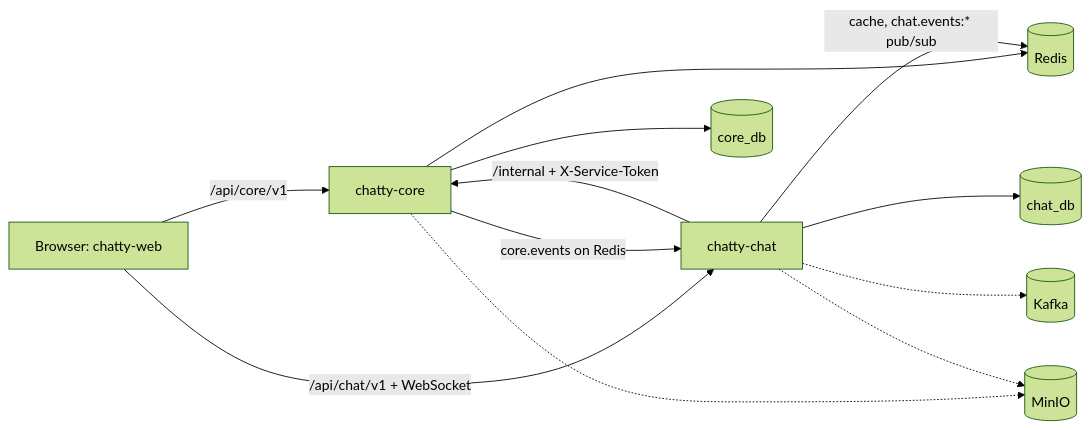
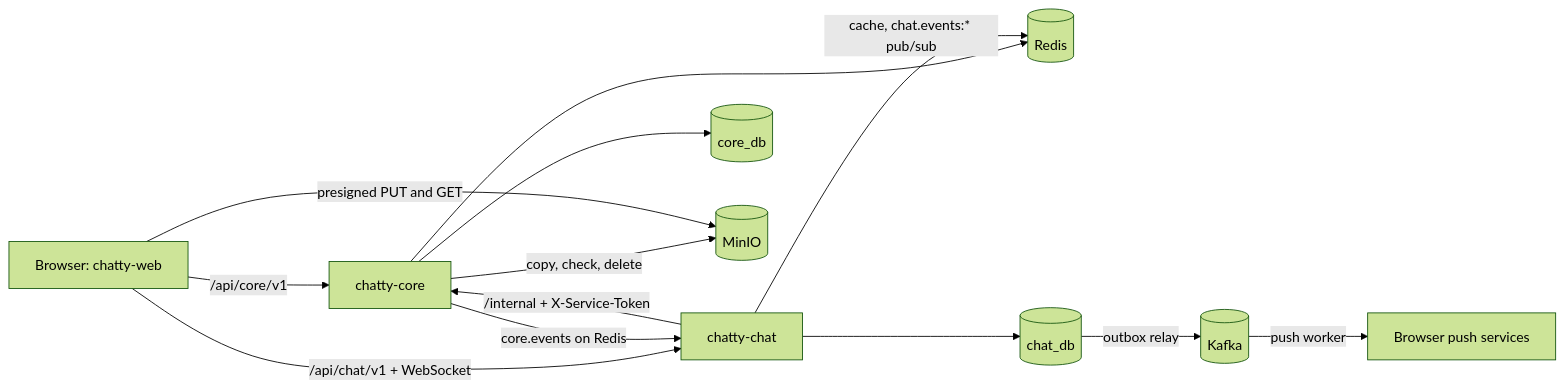
One commit to Chatty4/chatty-docs changed the diagram in architecture/overview.md. Above: the diagram before and after it, drawn with Mermaid (forest theme). The commit also changed other lines of this file and 6 other files, not shown here.

````diff
--- a/architecture/overview.md
+++ b/architecture/overview.md
@@ -19,14 +19,15 @@
 ```mermaid
 flowchart LR
     B[Browser: chatty-web] -->|/api/core/v1| C[chatty-core]
     B -->|/api/chat/v1 + WebSocket| H[chatty-chat]
     H -->|/internal + X-Service-Token| C
     C -->|core.events on Redis| H
     C --> CDB[(core_db)]
     C --> R[(Redis)]
     H --> HDB[(chat_db)]
     H -->|cache, chat.events:* pub/sub| R
-    H -.-> K[(Kafka)]
-    C -.-> M[(MinIO)]
-    H -.-> M
+    HDB -->|outbox relay| K[(Kafka)]
+    K -->|push worker| P[Browser push services]
+    C -->|copy, check, delete| M[(MinIO)]
+    B -->|presigned PUT and GET| M
 ```
````
